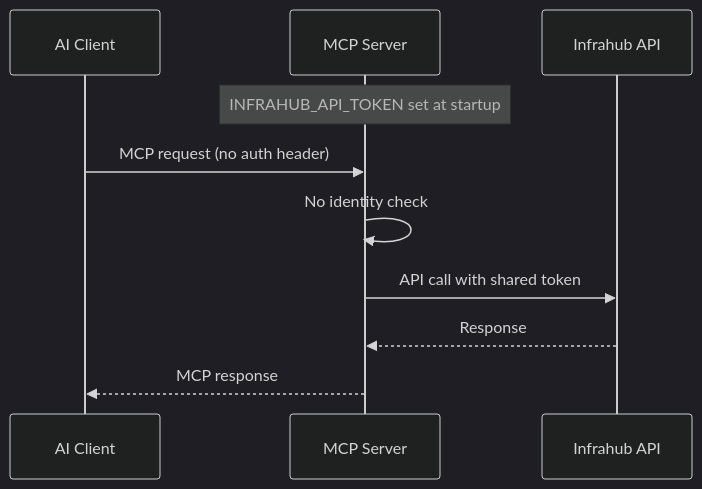
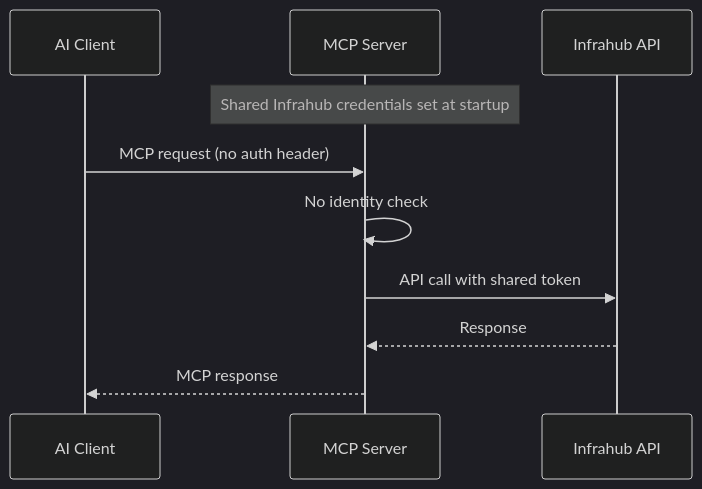
The first of 3 diagrams in docs/docs/guides/authentication.mdx (opsmill/infrahub-mcp), drawn with Mermaid (dark theme) before and after one commit. The commit also changed 4 other files, not shown here.

````diff
--- a/docs/docs/guides/authentication.mdx
+++ b/docs/docs/guides/authentication.mdx
@@ -18,13 +18,13 @@
 ```mermaid
 sequenceDiagram
     participant Client as AI Client
     participant MCP as MCP Server
     participant Infrahub as Infrahub API
 
-    Note over MCP: INFRAHUB_API_TOKEN set at startup
+    Note over MCP: Shared Infrahub credentials set at startup
     Client->>MCP: MCP request (no auth header)
     MCP->>MCP: No identity check
     MCP->>Infrahub: API call with shared token
     Infrahub-->>MCP: Response
     MCP-->>Client: MCP response
 ```
````
